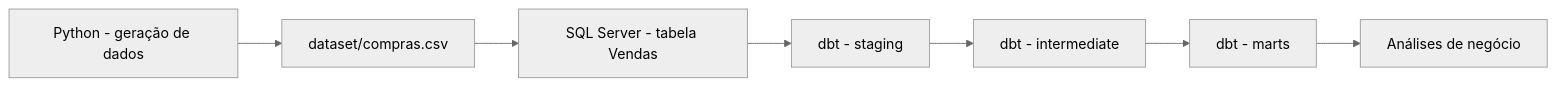
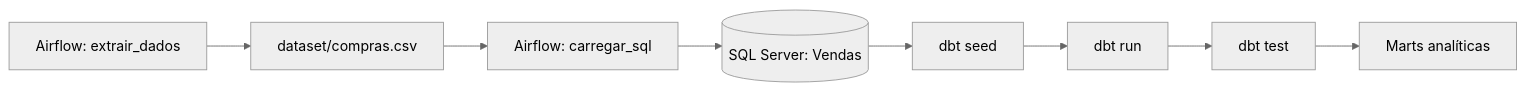
Before and after one commit to brqno/fic_data_model_analytic: the diagram in README.md, drawn with Mermaid (neutral theme). The commit also changed other lines of this file and 15 other files, not shown here.

Commit message:
inclusão do dockerfile, docker-compose e pipeline de vendas no airflow

````diff
--- a/README.md
+++ b/README.md
@@ -17,9 +7,10 @@
 ```mermaid
 flowchart LR
-A[Python - geração de dados] --> B[dataset/compras.csv]
-B --> C[SQL Server - tabela Vendas]
-C --> D[dbt - staging]
-D --> E[dbt - intermediate]
-E --> F[dbt - marts]
-F --> G[Análises de negócio]
+	A[Airflow: extrair_dados] --> B[dataset/compras.csv]
+	B --> C[Airflow: carregar_sql]
+	C --> D[(SQL Server: Vendas)]
+	D --> E[dbt seed]
+	E --> F[dbt run]
+	F --> G[dbt test]
+	G --> H[Marts analíticas]
 ```
````
